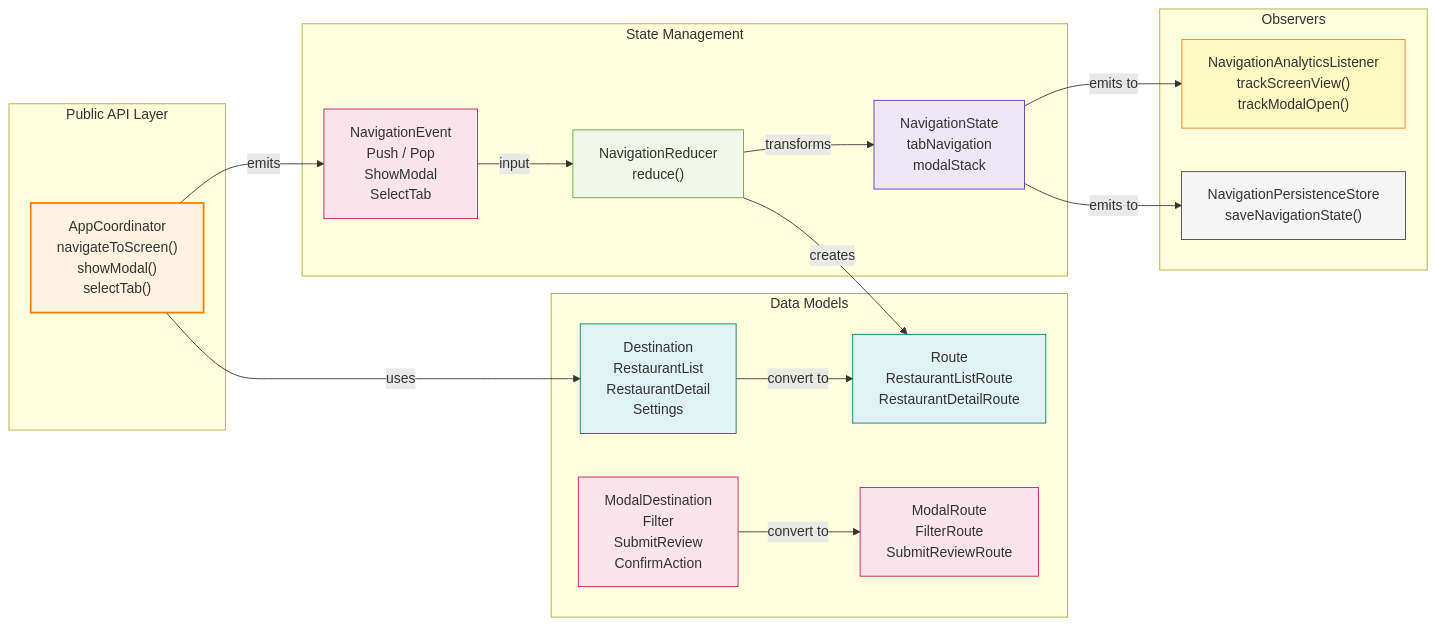
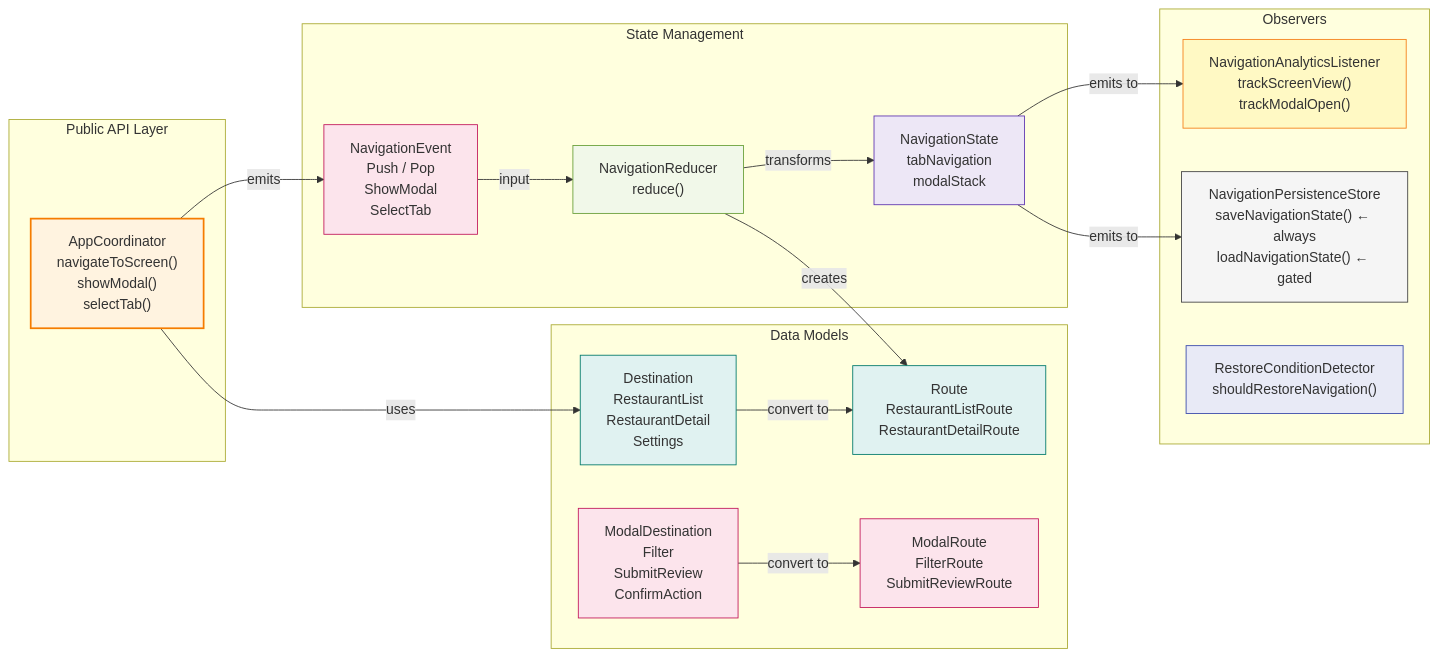
The second of 7 diagrams in plan/NAVIGATION_ARCHITECTURE_GUIDE.md (rdv0011/work-test-mobile), drawn with Mermaid before and after one commit. The commit also changed other lines of this file and 1 other file, not shown here.

First line of the commit message:
docs(plan): revise navigation architecture guide and mermaid diagrams

````diff
--- a/plan/NAVIGATION_ARCHITECTURE_GUIDE.md
+++ b/plan/NAVIGATION_ARCHITECTURE_GUIDE.md
@@ -146,45 +148,47 @@
 ```mermaid
 graph LR
     subgraph "Public API Layer"
         AC["AppCoordinator<br/>navigateToScreen()<br/>showModal()<br/>selectTab()"]
     end
     
     subgraph "State Management"
         NR["NavigationReducer<br/>reduce()"]
         NS["NavigationState<br/>tabNavigation<br/>modalStack"]
         NE["NavigationEvent<br/>Push / Pop<br/>ShowModal<br/>SelectTab"]
     end
     
     subgraph "Data Models"
         D["Destination<br/>RestaurantList<br/>RestaurantDetail<br/>Settings"]
         R["Route<br/>RestaurantListRoute<br/>RestaurantDetailRoute"]
         MD["ModalDestination<br/>Filter<br/>SubmitReview<br/>ConfirmAction"]
         MR["ModalRoute<br/>FilterRoute<br/>SubmitReviewRoute"]
     end
     
     subgraph "Observers"
         AAL["NavigationAnalyticsListener<br/>trackScreenView()<br/>trackModalOpen()"]
-        NPS["NavigationPersistenceStore<br/>saveNavigationState()"]
+        NPS["NavigationPersistenceStore<br/>saveNavigationState() ← always<br/>loadNavigationState() ← gated"]
+        RCD["RestoreConditionDetector<br/>shouldRestoreNavigation()"]
     end
     
     AC -->|emits| NE
     NE -->|input| NR
     NR -->|transforms| NS
     NS -->|emits to| AAL
     NS -->|emits to| NPS
     D -->|convert to| R
     MD -->|convert to| MR
     AC -->|uses| D
     NR -->|creates| R
     
     style AC fill:#fff3e0,stroke:#f57c00,stroke-width:2px
     style NR fill:#f1f8e9,stroke:#689f38
     style NS fill:#ede7f6,stroke:#5e35b1
     style NE fill:#fce4ec,stroke:#c2185b
     style D fill:#e0f2f1,stroke:#00796b
     style R fill:#e0f2f1,stroke:#00796b
     style MD fill:#fce4ec,stroke:#c2185b
     style MR fill:#fce4ec,stroke:#c2185b
     style AAL fill:#fff9c4,stroke:#f57f17
     style NPS fill:#f5f5f5,stroke:#424242
+    style RCD fill:#e8eaf6,stroke:#3949ab
 ```
````
